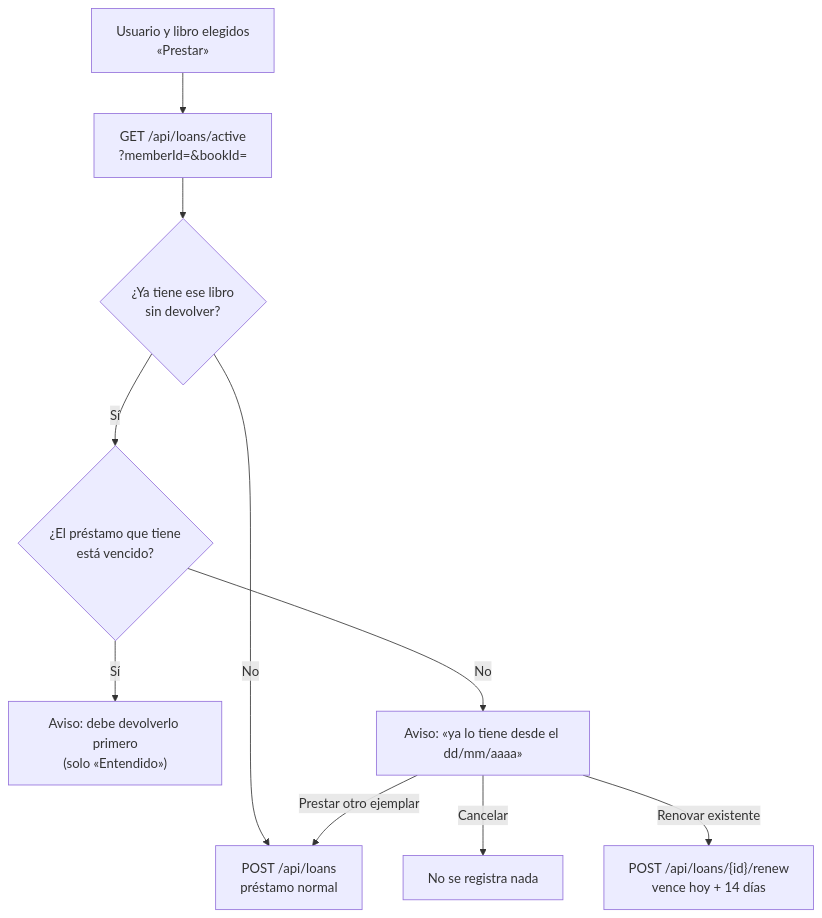
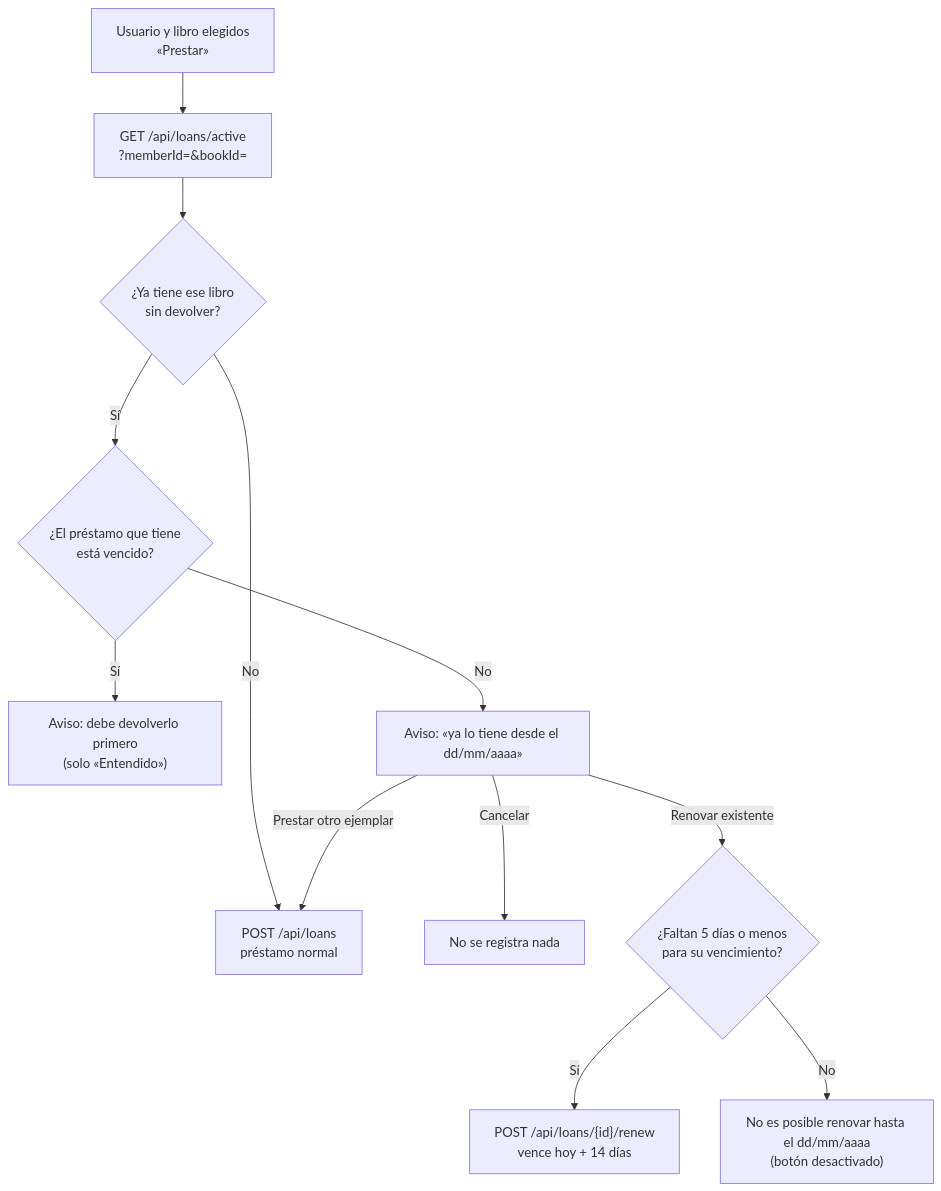
One commit to zseuz/biblioteca changed the sixth of 11 diagrams in README.md. Above: the diagram before and after it, drawn with Mermaid. The commit also changed other lines of this file, not shown here.

First line of the commit message:
docs(readme): renovación solo en los últimos 5 días

````diff
--- a/README.md
+++ b/README.md
@@ -362,12 +362,14 @@
 ```mermaid
 flowchart TD
     A["Usuario y libro elegidos<br/>«Prestar»"] --> B["GET /api/loans/active<br/>?memberId=&bookId="]
     B --> C{"¿Ya tiene ese libro<br/>sin devolver?"}
     C -- No --> P["POST /api/loans<br/>préstamo normal"]
     C -- Sí --> D{"¿El préstamo que tiene<br/>está vencido?"}
     D -- Sí --> V["Aviso: debe devolverlo primero<br/>(solo «Entendido»)"]
     D -- No --> E["Aviso: «ya lo tiene desde el dd/mm/aaaa»"]
     E -- Cancelar --> X["No se registra nada"]
     E -- Prestar otro ejemplar --> P
-    E -- Renovar existente --> R["POST /api/loans/{id}/renew<br/>vence hoy + 14 días"]
+    E -- Renovar existente --> W{"¿Faltan 5 días o menos<br/>para su vencimiento?"}
+    W -- Sí --> R["POST /api/loans/{id}/renew<br/>vence hoy + 14 días"]
+    W -- No --> N["No es posible renovar hasta el dd/mm/aaaa<br/>(botón desactivado)"]
 ```
````
